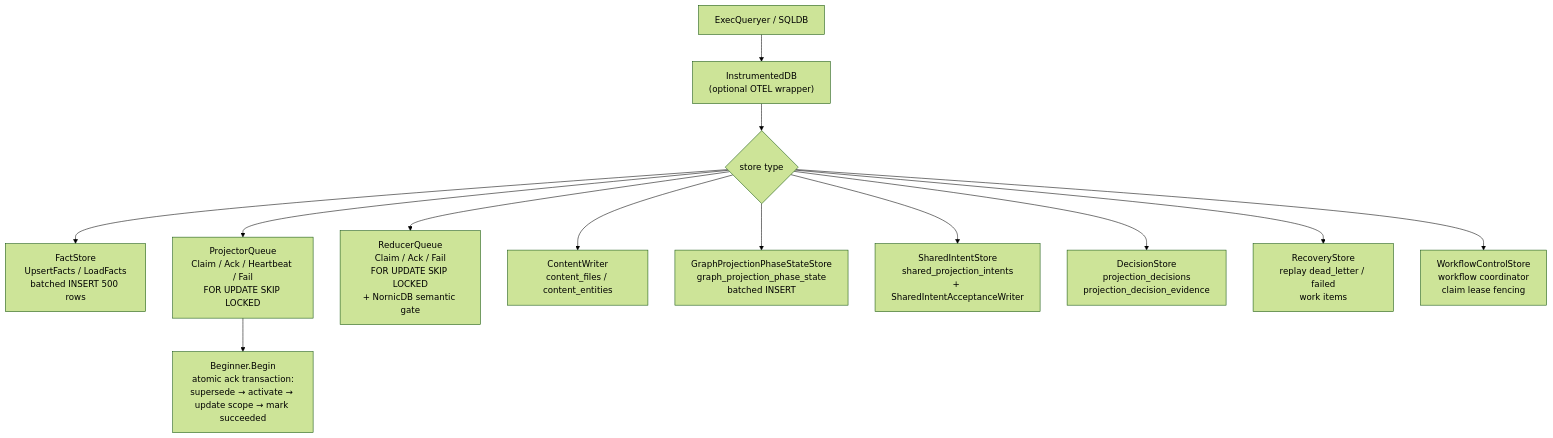
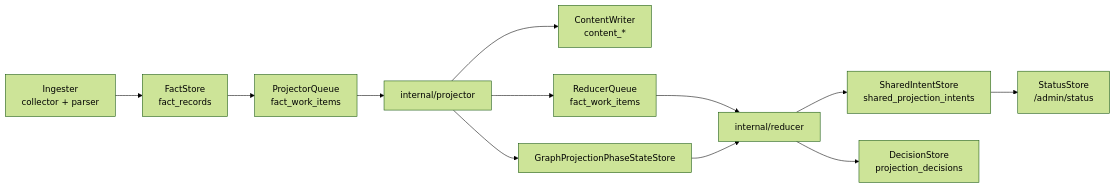
Before and after one commit to eshu-hq/eshu: the diagram in go/internal/storage/postgres/README.md, drawn with Mermaid (forest theme). The commit also changed other lines of this file and 584 other files, not shown here.

Commit message:
Rework documentation information architecture

````diff
--- a/go/internal/storage/postgres/README.md
+++ b/go/internal/storage/postgres/README.md
@@ -31,15 +15,14 @@
 ```mermaid
-flowchart TB
-  A["ExecQueryer / SQLDB"] --> B["InstrumentedDB\n(optional OTEL wrapper)"]
-  B --> C{"store type"}
-  C --> D["FactStore\nUpsertFacts / LoadFacts\nbatched INSERT 500 rows"]
-  C --> E["ProjectorQueue\nClaim / Ack / Heartbeat / Fail\nFOR UPDATE SKIP LOCKED"]
-  C --> F["ReducerQueue\nClaim / Ack / Fail\nFOR UPDATE SKIP LOCKED\n+ NornicDB semantic gate"]
-  C --> G["ContentWriter\ncontent_files / content_entities"]
-  C --> H["GraphProjectionPhaseStateStore\ngraph_projection_phase_state\nbatched INSERT"]
-  C --> I["SharedIntentStore\nshared_projection_intents\n+ SharedIntentAcceptanceWriter"]
-  C --> J["DecisionStore\nprojection_decisions\nprojection_decision_evidence"]
-  C --> K["RecoveryStore\nreplay dead_letter / failed\nwork items"]
-  C --> L["WorkflowControlStore\nworkflow coordinator\nclaim lease fencing"]
-  E --> M["Beginner.Begin\natomic ack transaction:\nsupersede → activate → update scope → mark succeeded"]
+flowchart LR
+  Ingester["Ingester\ncollector + parser"] --> Facts["FactStore\nfact_records"]
+  Facts --> ProjectorQ["ProjectorQueue\nfact_work_items"]
+  ProjectorQ --> Projector["internal/projector"]
+  Projector --> Content["ContentWriter\ncontent_*"]
+  Projector --> Phase["GraphProjectionPhaseStateStore"]
+  Projector --> ReducerQ["ReducerQueue\nfact_work_items"]
+  ReducerQ --> Reducer["internal/reducer"]
+  Reducer --> Shared["SharedIntentStore\nshared_projection_intents"]
+  Reducer --> Decisions["DecisionStore\nprojection_decisions"]
+  Shared --> Status["StatusStore\n/admin/status"]
+  Phase --> Reducer
 ```
````
